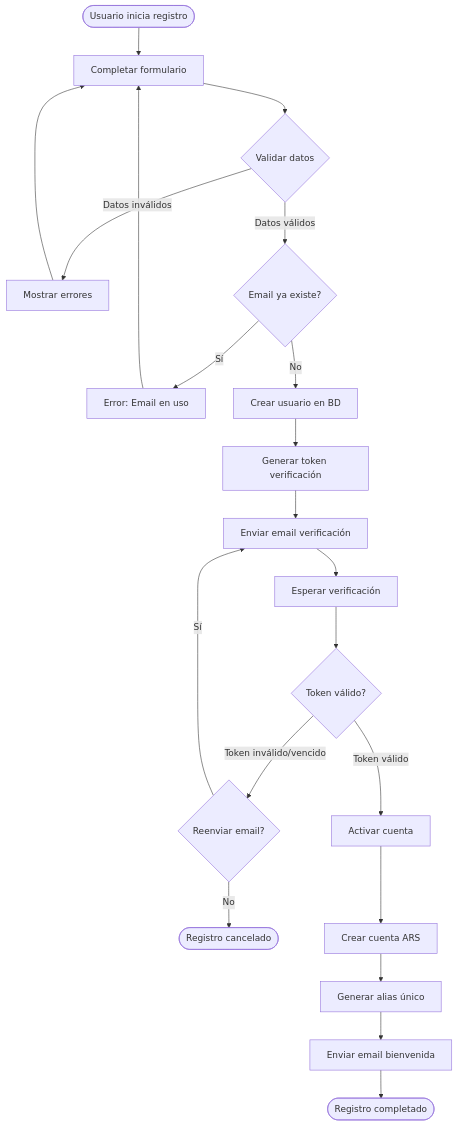
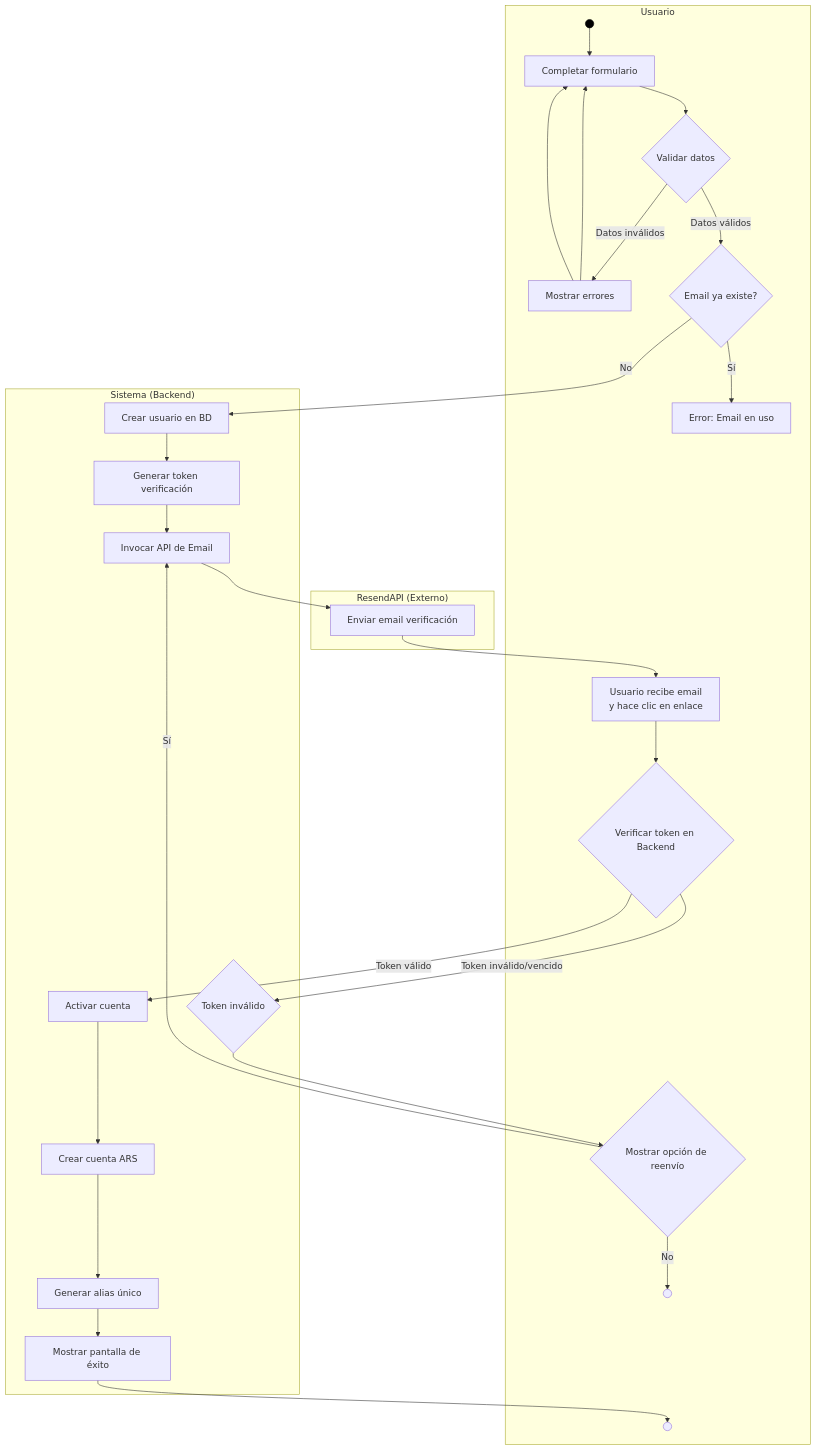
The fourth of 5 diagrams in arquitectura/UML-Diagramas.md (INizetich/ArCash-Angular), drawn with Mermaid before and after one commit. The commit also changed other lines of this file and 4 other files, not shown here.

````diff
--- a/arquitectura/UML-Diagramas.md
+++ b/arquitectura/UML-Diagramas.md
@@ -264,29 +282,49 @@
 ```mermaid
 flowchart TD
-    Start([Usuario inicia registro]) --> Input[Completar formulario]
-    
-    Input --> Validate{Validar datos}
-    Validate -->|Datos inválidos| ShowError[Mostrar errores]
-    ShowError --> Input
-    
-    Validate -->|Datos válidos| CheckEmail{Email ya existe?}
-    CheckEmail -->|Sí| ShowEmailError[Error: Email en uso]
-    ShowEmailError --> Input
-    
-    CheckEmail -->|No| CreateUser[Crear usuario en BD]
-    CreateUser --> GenerateToken[Generar token verificación]
-    GenerateToken --> SendEmail[Enviar email verificación]
-    
-    SendEmail --> WaitVerification[Esperar verificación]
-    WaitVerification --> CheckToken{Token válido?}
-    
-    CheckToken -->|Token inválido/vencido| ResendOption{Reenviar email?}
-    ResendOption -->|Sí| SendEmail
-    ResendOption -->|No| End1([Registro cancelado])
-    
-    CheckToken -->|Token válido| ActivateAccount[Activar cuenta]
-    ActivateAccount --> CreateAccount[Crear cuenta ARS]
-    CreateAccount --> GenerateAlias[Generar alias único]
-    GenerateAlias --> SendWelcome[Enviar email bienvenida]
-    SendWelcome --> End2([Registro completado])
+    subgraph Usuario
+        Start(( )):::startNode --> Input[Completar formulario]
+        
+        Input --> Validate{Validar datos}
+        Validate -->|Datos inválidos| ShowError[Mostrar errores]
+        ShowError --> Input
+        Validate -->|Datos válidos| CheckEmail{Email ya existe?}
+        CheckEmail -->|Sí| ShowEmailError[Error: Email en uso]
+        ShowError --> Input
+    end
+
+    subgraph Sistema_Backend ["Sistema (Backend)"]
+        CheckEmail -->|No| CreateUser[Crear usuario en BD]
+        CreateUser --> GenerateToken[Generar token verificación]
+        GenerateToken --> CallSendEmail[Invocar API de Email]
+    end
+
+    subgraph ResendAPI_Externo ["ResendAPI (Externo)"]
+        CallSendEmail --> SendEmail[Enviar email verificación]
+    end
+
+    subgraph Usuario
+        SendEmail --> WaitVerification[Usuario recibe email<br/>y hace clic en enlace]
+        WaitVerification --> CheckToken{Verificar token en Backend}
+    end
+
+    subgraph Sistema_Backend ["Sistema (Backend)"]
+        CheckToken -->|Token inválido/vencido| ResendOption{Token inválido}
+        CheckToken -->|Token válido| ActivateAccount[Activar cuenta]
+        ActivateAccount --> CreateAccount[Crear cuenta ARS]
+        CreateAccount --> GenerateAlias[Generar alias único]
+        
+        GenerateAlias --> ShowSuccess[Mostrar pantalla de éxito]
+    end
+
+    subgraph Usuario
+        ResendOption --> ShowResend{Mostrar opción de reenvío}
+        ShowResend -->|Sí| CallSendEmail
+        
+        
+        ShowSuccess --> End2(( ))
+        ShowResend -->|No| End1(( ))
+    end
+
+
+    classDef startNode fill:#000,stroke:#000,stroke-width:1px;
 ```
````
